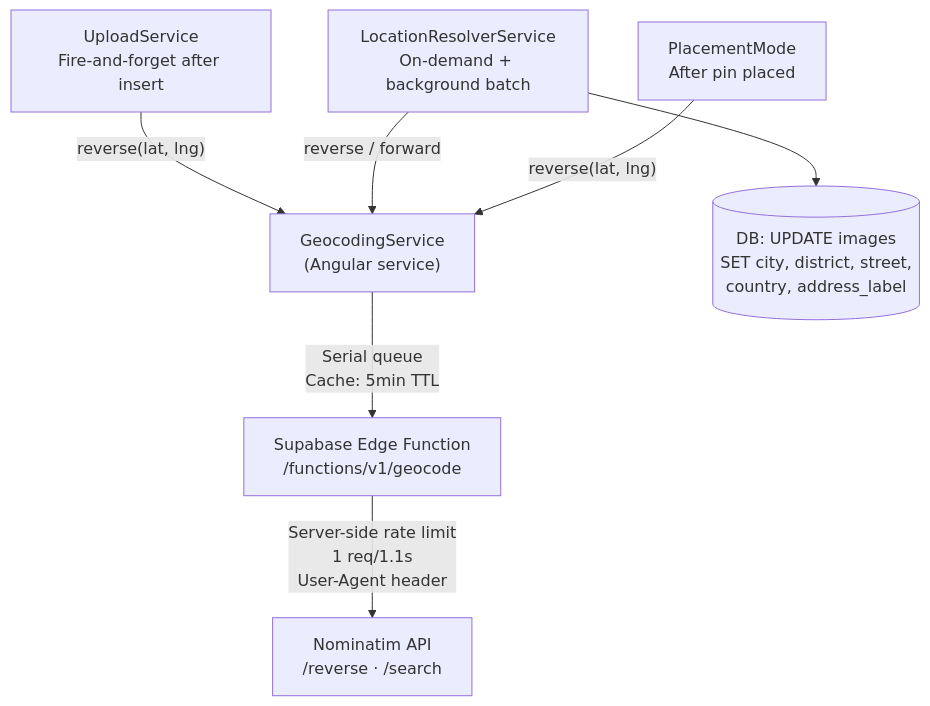
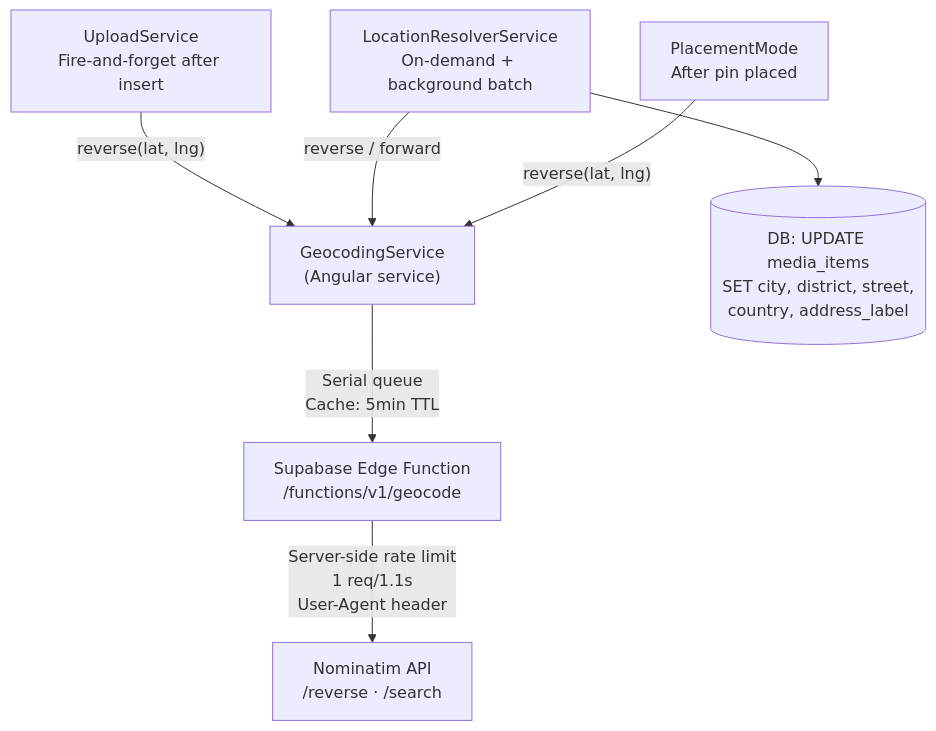
The third of 4 diagrams in docs/specs/service/location-resolver/address-resolver.md (matkleve/feldpost), drawn with Mermaid before and after one commit. The commit also changed other lines of this file and 26 other files, not shown here.

````diff
--- a/docs/specs/service/location-resolver/address-resolver.md
+++ b/docs/specs/service/location-resolver/address-resolver.md
@@ -333,12 +335,12 @@
 ```mermaid
 flowchart TD
     GCS["GeocodingService\n(Angular service)"]
 
     UPS["UploadService\nFire-and-forget after insert"] -->|"reverse(lat, lng)"| GCS
     LRS["LocationResolverService\nOn-demand + background batch"] -->|"reverse / forward"| GCS
     PM["PlacementMode\nAfter pin placed"] -->|"reverse(lat, lng)"| GCS
 
     GCS -->|"Serial queue\nCache: 5min TTL"| EF["Supabase Edge Function\n/functions/v1/geocode"]
     EF -->|"Server-side rate limit\n1 req/1.1s\nUser-Agent header"| NOM["Nominatim API\n/reverse · /search"]
-    LRS --> DB_UPD[("DB: UPDATE images\nSET city, district, street,\ncountry, address_label")]
+    LRS --> DB_UPD[("DB: UPDATE media_items\nSET city, district, street,\ncountry, address_label")]
 ```
````
